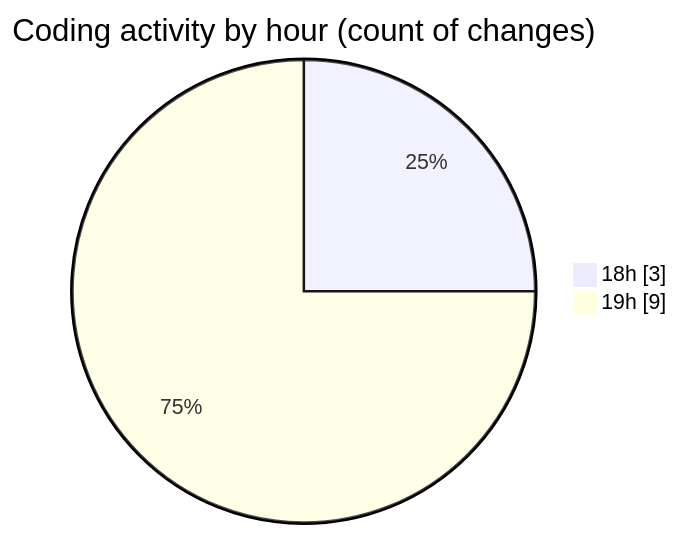
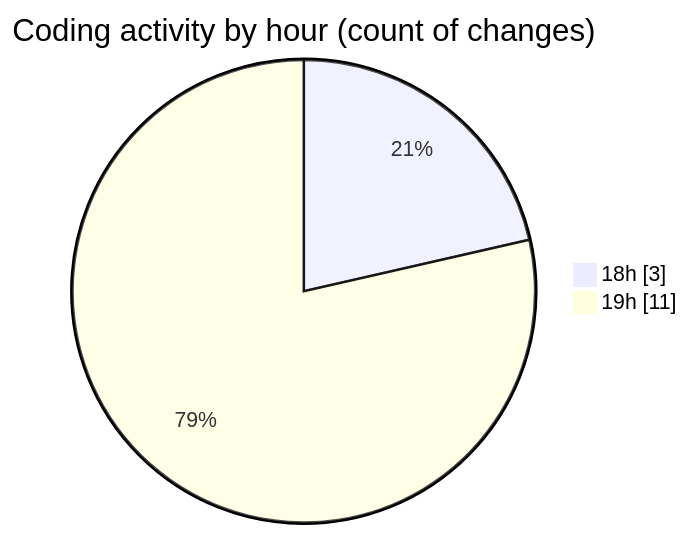
The second of 2 diagrams in 2025-03-20/myws__workspace_/README.md (MatusMokan/code-tracking), drawn with Mermaid before and after one commit. The commit also changed other lines of this file and 1 other file, not shown here.

````diff
--- a/2025-03-20/myws__workspace_/README.md
+++ b/2025-03-20/myws__workspace_/README.md
@@ -30,6 +30,6 @@
 ```mermaid
 pie showData
 title Coding activity by hour (count of changes)
 "18h" : 3
-"19h" : 9
+"19h" : 11
 ```
````
